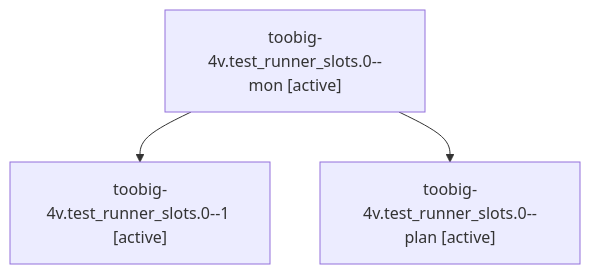
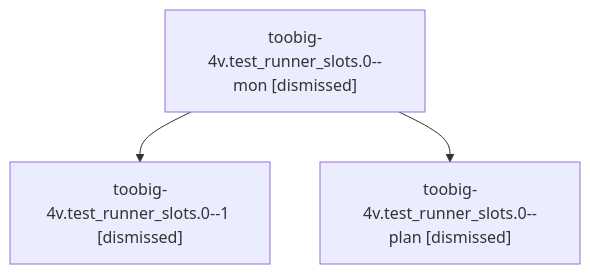
One commit to sase-org/sase--agents changed the diagram in sessions/bbugyi200.athena.toobig-4v.test_runner_slots.0.md. Above: the diagram before and after it, drawn with Mermaid. The commit also changed other lines of this file and 47 other files, not shown here.

````diff
--- a/sessions/bbugyi200.athena.toobig-4v.test_runner_slots.0.md
+++ b/sessions/bbugyi200.athena.toobig-4v.test_runner_slots.0.md
@@ -9,8 +9,8 @@
 ```mermaid
 flowchart TD
-  n0["toobig-4v.test_runner_slots.0--mon [active]"]
-  n1["toobig-4v.test_runner_slots.0--1 [active]"]
+  n0["toobig-4v.test_runner_slots.0--mon [dismissed]"]
+  n1["toobig-4v.test_runner_slots.0--1 [dismissed]"]
   n0 --> n1
-  n2["toobig-4v.test_runner_slots.0--plan [active]"]
+  n2["toobig-4v.test_runner_slots.0--plan [dismissed]"]
   n0 --> n2
 ```
````
